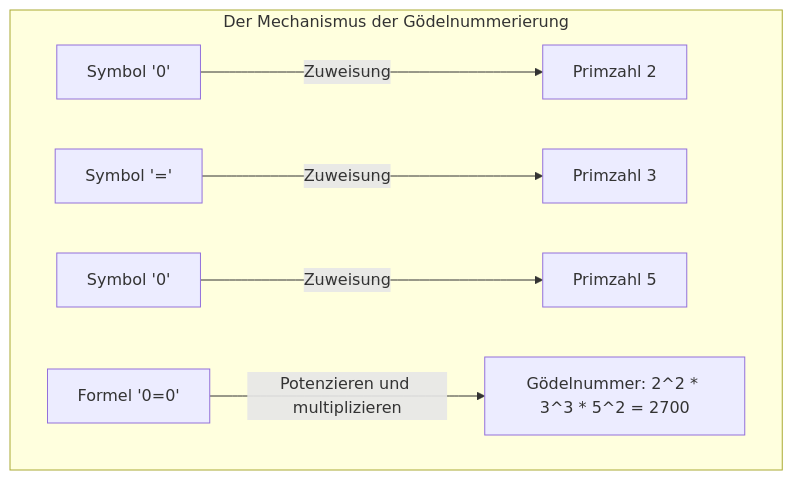
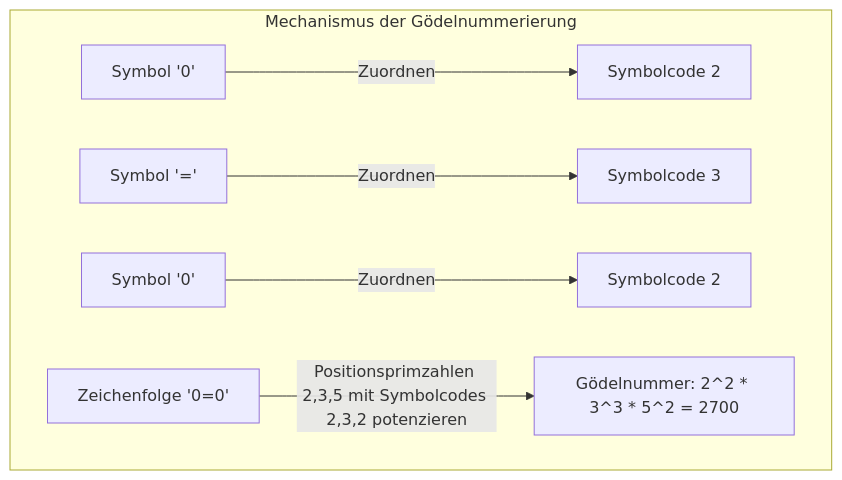
Before and after one commit to kenjinote/blog: the third of 4 diagrams in content/post/godels-incompleteness-theorems/index.de.md, drawn with Mermaid. The commit also changed other lines of this file and 11 other files, not shown here.

````diff
--- a/content/post/godels-incompleteness-theorems/index.de.md
+++ b/content/post/godels-incompleteness-theorems/index.de.md
@@ -97,9 +93,9 @@
 ```mermaid
 graph TD
-    subgraph "Der Mechanismus der Gödelnummerierung"
-        S1["Symbol '0'"] -->|"Zuweisung"| N1["Primzahl 2"]
-        S2["Symbol '='"] -->|"Zuweisung"| N2["Primzahl 3"]
-        S3["Symbol '0'"] -->|"Zuweisung"| N3["Primzahl 5"]
-        F["Formel '0=0'"] -->|"Potenzieren und multiplizieren"| GN["Gödelnummer: 2^2 * 3^3 * 5^2 = 2700"]
+    subgraph "Mechanismus der Gödelnummerierung"
+        S1["Symbol '0'"] -->|"Zuordnen"| N1["Symbolcode 2"]
+        S2["Symbol '='"] -->|"Zuordnen"| N2["Symbolcode 3"]
+        S3["Symbol '0'"] -->|"Zuordnen"| N3["Symbolcode 2"]
+        F["Zeichenfolge '0=0'"] -->|"Positionsprimzahlen 2,3,5 mit Symbolcodes 2,3,2 potenzieren"| GN["Gödelnummer: 2^2 * 3^3 * 5^2 = 2700"]
     end
 ```
````
